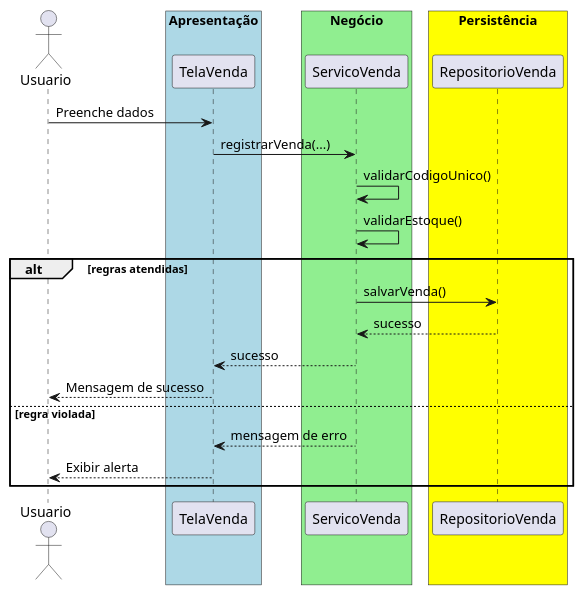
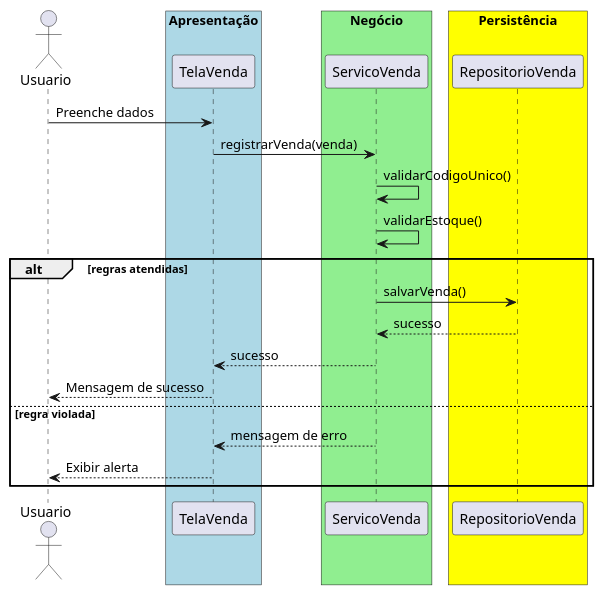
One commit to 20261-ifba-saj-ads-poo/blog changed the diagram in src/trabalhos/Trabalho05.md. Above: the diagram before and after it, drawn with PlantUML. The commit also changed other lines of this file and 35 other files, not shown here.

````diff
--- a/src/trabalhos/Trabalho05.md
+++ b/src/trabalhos/Trabalho05.md
@@ -28,27 +28,27 @@
 ```plantuml{kroki=true}
 @startuml
 actor Usuario
 box "Apresentação" #lightblue
     participant TelaVenda
 end box
 box "Negócio" #lightgreen
     participant ServicoVenda
 end box
 box "Persistência" #yellow
     participant RepositorioVenda
 end box
 Usuario -> TelaVenda : Preenche dados
-TelaVenda -> ServicoVenda : registrarVenda(...)
+TelaVenda -> ServicoVenda : registrarVenda(venda)
 ServicoVenda -> ServicoVenda : validarCodigoUnico()
 ServicoVenda -> ServicoVenda : validarEstoque()
 alt regras atendidas
     ServicoVenda -> RepositorioVenda : salvarVenda()
     RepositorioVenda --> ServicoVenda : sucesso
     ServicoVenda --> TelaVenda : sucesso
     TelaVenda --> Usuario : Mensagem de sucesso
 else regra violada
     ServicoVenda --> TelaVenda : mensagem de erro
     TelaVenda --> Usuario : Exibir alerta
 end
 @enduml
 ```
````
